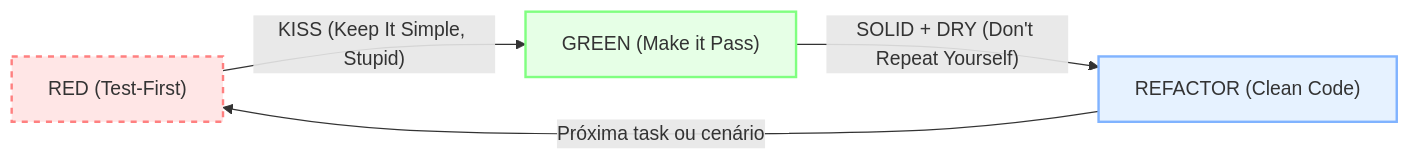
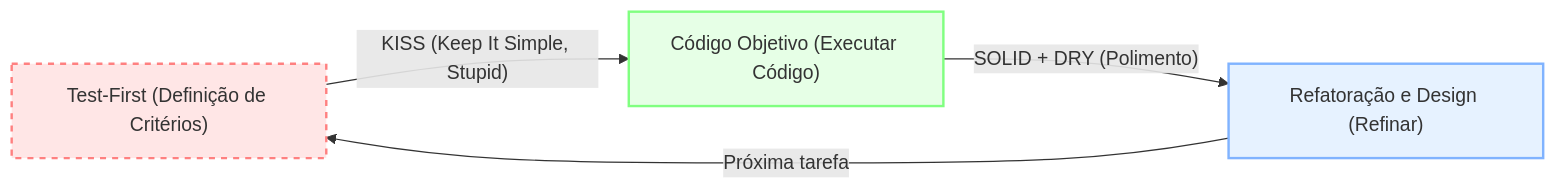
Before and after one commit to nathanramorim/forge-sdd: the second of 6 diagrams in docs/arquitetura-e-fluxo-forge-sdd.md, drawn with Mermaid. The commit also changed other lines of this file, not shown here.

Commit message:
docs: refactor architecture documentation to use native forge-sdd terminology and remove references to external frameworks

````diff
--- a/docs/arquitetura-e-fluxo-forge-sdd.md
+++ b/docs/arquitetura-e-fluxo-forge-sdd.md
@@ -149,10 +149,10 @@
 ```mermaid
 graph LR
-    RED["RED (Test-First)"] -->|"KISS (Keep It Simple, Stupid)"| GREEN["GREEN (Make it Pass)"]
-    GREEN -->|"SOLID + DRY (Don't Repeat Yourself)"| REFACTOR["REFACTOR (Clean Code)"]
-    REFACTOR -->|"Próxima task ou cenário"| RED
+    Test["Test-First (Definição de Critérios)"] -->|"KISS (Keep It Simple, Stupid)"| Code["Código Objetivo (Executar Código)"]
+    Code -->|"SOLID + DRY (Polimento)"| Refactor["Refatoração e Design (Refinar)"]
+    Refactor -->|"Próxima tarefa"| Test
     
-    style RED fill:#ffe6e6,stroke:#ff8080,stroke-dasharray: 5 5,stroke-width:2px
-    style GREEN fill:#e6ffe6,stroke:#80ff80,stroke-width:2px
-    style REFACTOR fill:#e6f2ff,stroke:#80b3ff,stroke-width:2px
+    style Test fill:#ffe6e6,stroke:#ff8080,stroke-dasharray: 5 5,stroke-width:2px
+    style Code fill:#e6ffe6,stroke:#80ff80,stroke-width:2px
+    style Refactor fill:#e6f2ff,stroke:#80b3ff,stroke-width:2px
 ```
````
